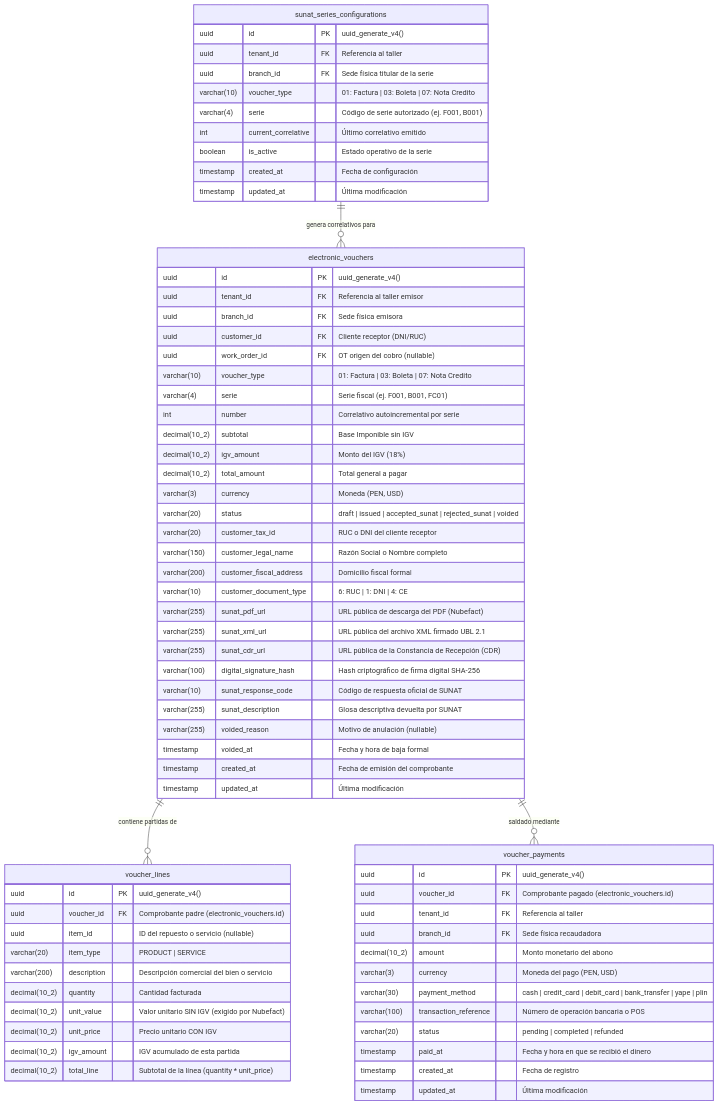
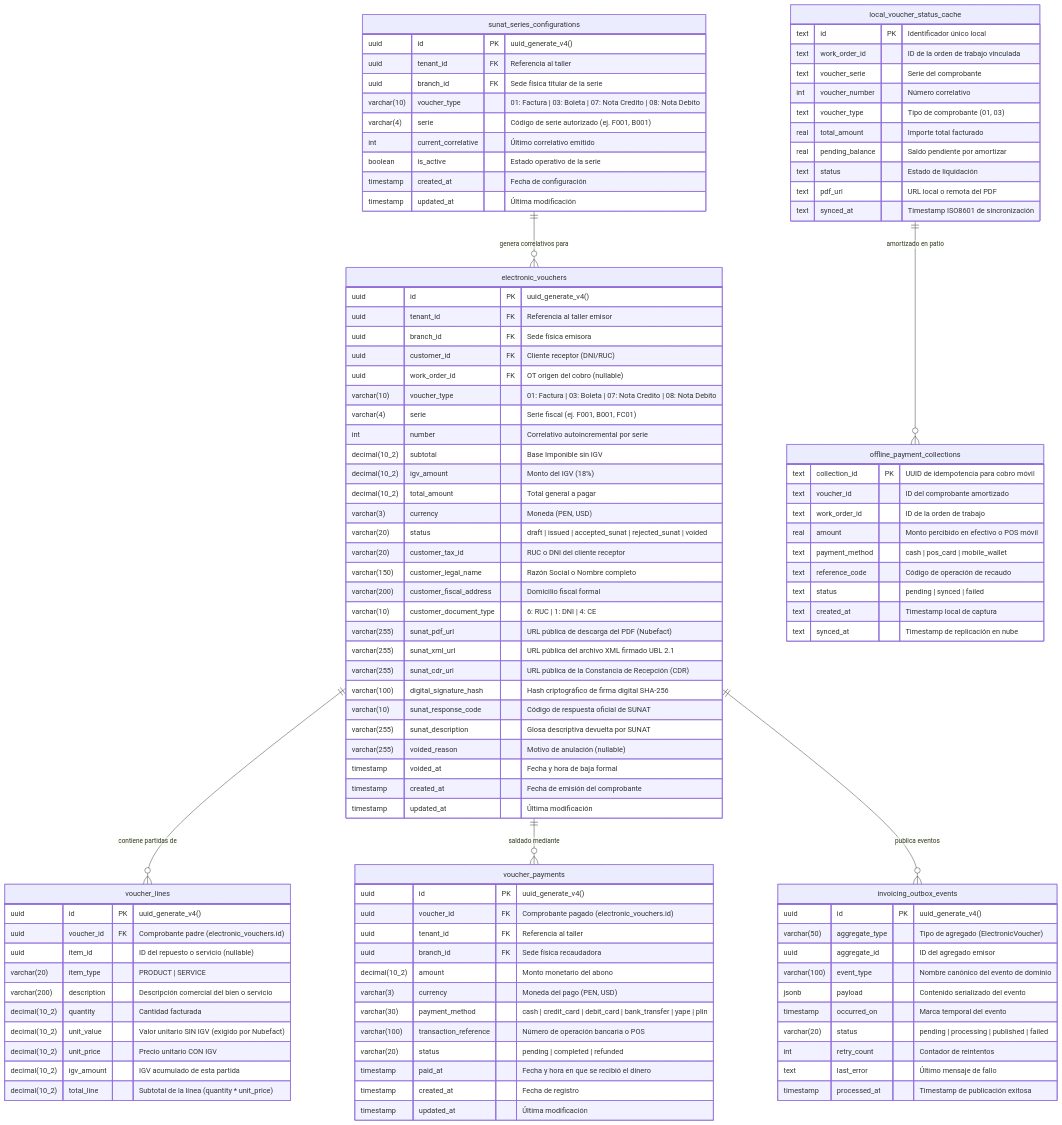
Before and after one commit to upc-pre-202620-1acc0238-4951-andeva/atelier-report: the fourth of 4 diagrams in docs/extended-description-bounded-contexts-backend/07-invoicing-and-compliance.md, drawn with Mermaid. The commit also changed other lines of this file and 14 other files, not shown here.

````diff
--- a/docs/extended-description-bounded-contexts-backend/07-invoicing-and-compliance.md
+++ b/docs/extended-description-bounded-contexts-backend/07-invoicing-and-compliance.md
@@ -1179,6 +2984,8 @@
     electronic_vouchers ||--o{ voucher_lines : "contiene partidas de"
     electronic_vouchers ||--o{ voucher_payments : "saldado mediante"
     sunat_series_configurations ||--o{ electronic_vouchers : "genera correlativos para"
+    electronic_vouchers ||--o{ invoicing_outbox_events : "publica eventos"
+    local_voucher_status_cache ||--o{ offline_payment_collections : "amortizado en patio"
 
     electronic_vouchers {
         uuid id PK "uuid_generate_v4()"
@@ -1186,7 +2993,7 @@
         uuid branch_id FK "Sede física emisora"
         uuid customer_id FK "Cliente receptor (DNI/RUC)"
         uuid work_order_id FK "OT origen del cobro (nullable)"
-        varchar(10) voucher_type "01: Factura | 03: Boleta | 07: Nota Credito"
+        varchar(10) voucher_type "01: Factura | 03: Boleta | 07: Nota Credito | 08: Nota Debito"
         varchar(4) serie "Serie fiscal (ej. F001, B001, FC01)"
         int number "Correlativo autoincremental por serie"
         decimal(10_2) subtotal "Base Imponible sin IGV"
@@ -1242,11 +3049,49 @@
         uuid id PK "uuid_generate_v4()"
         uuid tenant_id FK "Referencia al taller"
         uuid branch_id FK "Sede física titular de la serie"
-        varchar(10) voucher_type "01: Factura | 03: Boleta | 07: Nota Credito"
+        varchar(10) voucher_type "01: Factura | 03: Boleta | 07: Nota Credito | 08: Nota Debito"
         varchar(4) serie "Código de serie autorizado (ej. F001, B001)"
         int current_correlative "Último correlativo emitido"
         boolean is_active "Estado operativo de la serie"
         timestamp created_at "Fecha de configuración"
         timestamp updated_at "Última modificación"
     }
+
+    invoicing_outbox_events {
+        uuid id PK "uuid_generate_v4()"
+        varchar(50) aggregate_type "Tipo de agregado (ElectronicVoucher)"
+        uuid aggregate_id "ID del agregado emisor"
+        varchar(100) event_type "Nombre canónico del evento de dominio"
+        jsonb payload "Contenido serializado del evento"
+        timestamp occurred_on "Marca temporal del evento"
+        varchar(20) status "pending | processing | published | failed"
+        int retry_count "Contador de reintentos"
+        text last_error "Último mensaje de fallo"
+        timestamp processed_at "Timestamp de publicación exitosa"
+    }
+
+    local_voucher_status_cache {
+        text id PK "Identificador único local"
+        text work_order_id "ID de la orden de trabajo vinculada"
+        text voucher_serie "Serie del comprobante"
+        int voucher_number "Número correlativo"
+        text voucher_type "Tipo de comprobante (01, 03)"
+        real total_amount "Importe total facturado"
+        real pending_balance "Saldo pendiente por amortizar"
+        text status "Estado de liquidación"
+        text pdf_url "URL local o remota del PDF"
+        text synced_at "Timestamp ISO8601 de sincronización"
+    }
+
+    offline_payment_collections {
+        text collection_id PK "UUID de idempotencia para cobro móvil"
+        text voucher_id "ID del comprobante amortizado"
+        text work_order_id "ID de la orden de trabajo"
+        real amount "Monto percibido en efectivo o POS móvil"
+        text payment_method "cash | pos_card | mobile_wallet"
+        text reference_code "Código de operación de recaudo"
+        text status "pending | synced | failed"
+        text created_at "Timestamp local de captura"
+        text synced_at "Timestamp de replicación en nube"
+    }
 ```
````
